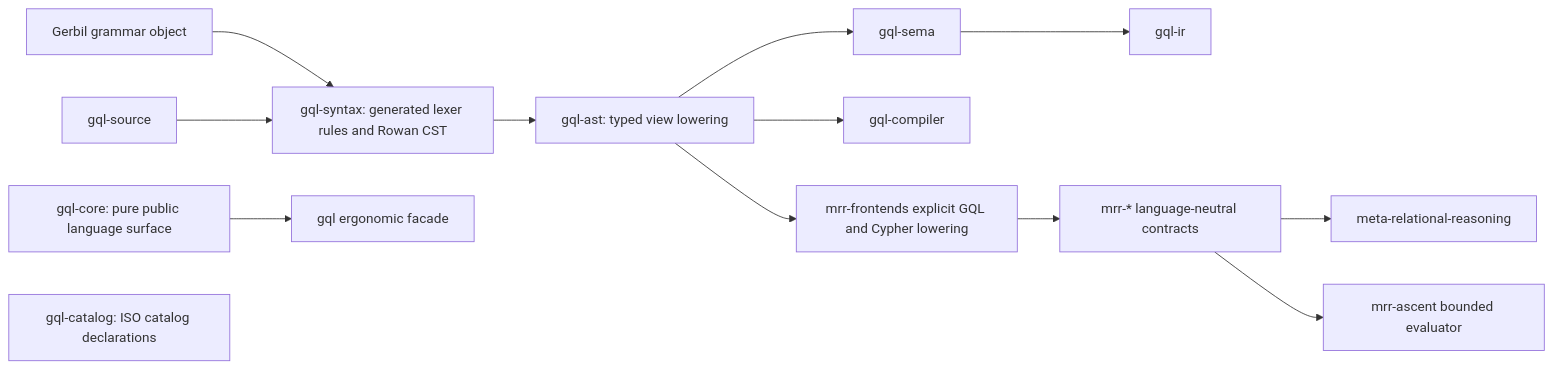
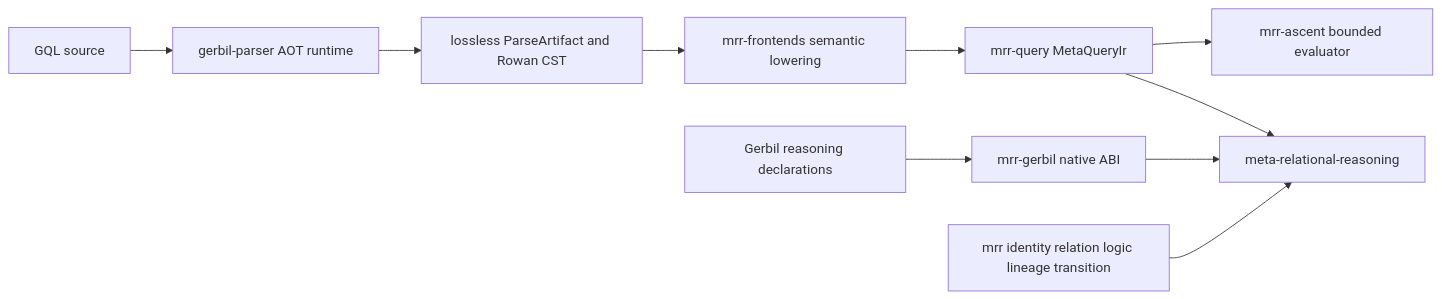
One commit to tao3k/meta-relational-reasoning changed the diagram in ARCHITECTURE.org. Above: the diagram before and after it, drawn with Mermaid. The commit also changed other lines of this file and 240 other files, not shown here.

Commit message:
refactor: finish parser-owned GQL migration

```diff
--- a/ARCHITECTURE.org
+++ b/ARCHITECTURE.org
@@ -8,16 +8,12 @@
 #+begin_src mermaid
 flowchart LR
-    grammar[Gerbil grammar object] --> syntax[gql-syntax: generated lexer rules and Rowan CST]
-    source[gql-source] --> syntax
-    syntax --> ast[gql-ast: typed view lowering]
-    ast --> sema[gql-sema]
-    sema --> ir[gql-ir]
-    ast --> compiler[gql-compiler]
-    core[gql-core: pure public language surface]
-    catalog[gql-catalog: ISO catalog declarations]
-    ast --> frontends[mrr-frontends explicit GQL and Cypher lowering]
-    frontends --> mrr[mrr-* language-neutral contracts]
-    mrr --> facade[meta-relational-reasoning]
-    mrr --> ascent[mrr-ascent bounded evaluator]
-    core --> gql[gql ergonomic facade]
+    source[GQL source] --> parser[gerbil-parser AOT runtime]
+    parser --> artifact[lossless ParseArtifact and Rowan CST]
+    artifact --> frontend[mrr-frontends semantic lowering]
+    frontend --> query[mrr-query MetaQueryIr]
+    query --> facade[meta-relational-reasoning]
+    query --> ascent[mrr-ascent bounded evaluator]
+    scheme[Gerbil reasoning declarations] --> native[mrr-gerbil native ABI]
+    native --> facade
+    contracts[mrr identity relation logic lineage transition] --> facade
 #+end_src
```
